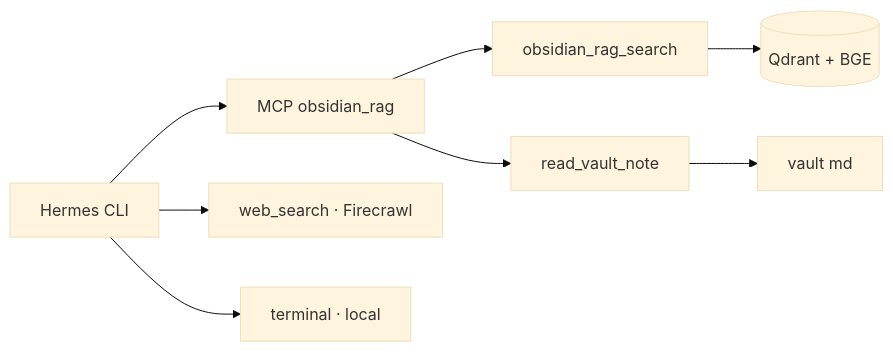
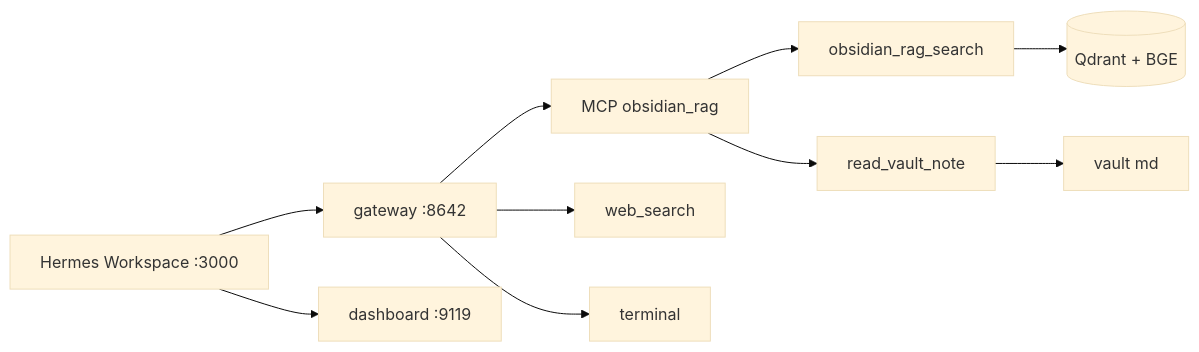
The fourth of 4 diagrams in README.md (LEEHEEWON123/obsidian_chat_bot), drawn with Mermaid (base theme) before and after one commit. The commit also changed other lines of this file and 6 other files, not shown here.

First line of the commit message:
Integrate Hermes Workspace as the primary web UI.

````diff
--- a/README.md
+++ b/README.md
@@ -154,10 +160,12 @@
 ```mermaid
 flowchart LR
-  H[Hermes CLI] --> MCP[MCP obsidian_rag]
+  UI[Hermes Workspace :3000] --> GW[gateway :8642]
+  GW --> MCP[MCP obsidian_rag]
   MCP --> SEARCH[obsidian_rag_search]
   MCP --> READ[read_vault_note]
   SEARCH --> QDRANT[(Qdrant + BGE)]
   READ --> VAULT[vault md]
-  H --> WEB[web_search · Firecrawl]
-  H --> TERM[terminal · local]
+  GW --> WEB[web_search]
+  GW --> TERM[terminal]
+  UI --> DASH[dashboard :9119]
 ```
````
